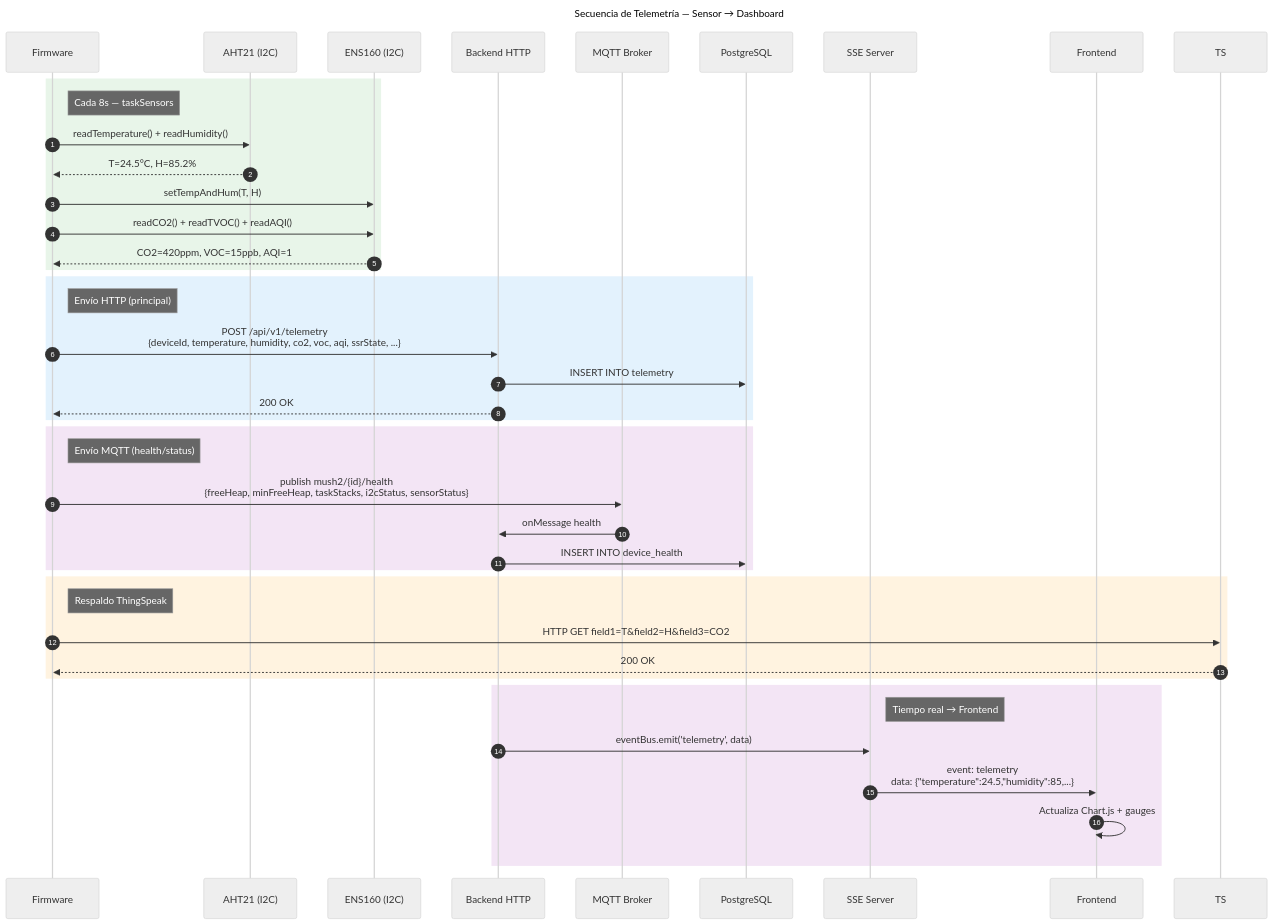
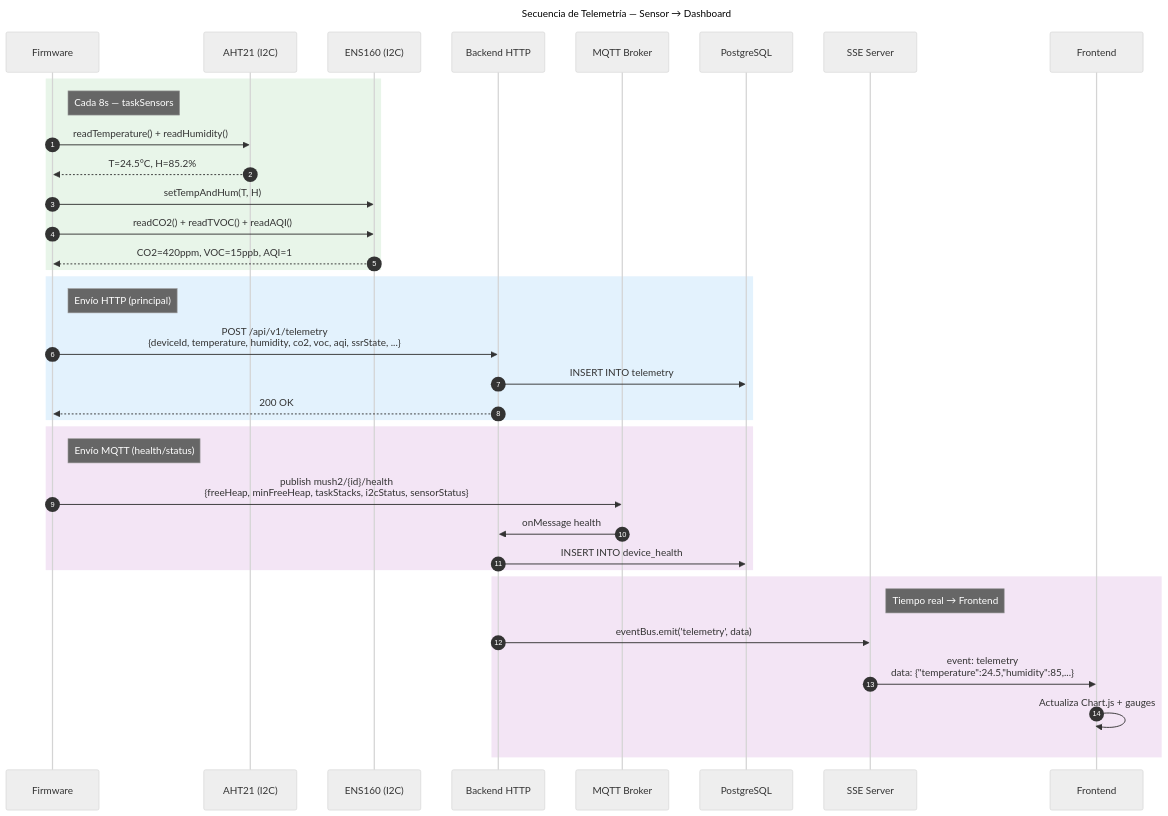
One commit to AlejandroMaturana/mush2 changed the diagram in docs/diagrams/sequence-telemetry.mmd. Above: the diagram before and after it, drawn with Mermaid (neutral theme). The commit also changed 55 other files, not shown here.

Commit message:
feat(thingspeak): deprecar canal ThingSpeak, MQTT canónico (PR-G, DECISION-012) — I051/I023 SUPERSEDED, avance I050

```diff
--- a/docs/diagrams/sequence-telemetry.mmd
+++ b/docs/diagrams/sequence-telemetry.mmd
@@ -1,49 +1,43 @@
 ---
 title: Secuencia de Telemetría — Sensor → Dashboard
 ---
 sequenceDiagram
     autonumber
     participant FW as Firmware
     participant AHT as AHT21 (I2C)
     participant ENS as ENS160 (I2C)
     participant HTTP as Backend HTTP
     participant MQTT as MQTT Broker
     participant DB as PostgreSQL
     participant SSE as SSE Server
     participant FE as Frontend
 
     rect rgb(232, 245, 233)
         Note right of FW: Cada 8s — taskSensors
         FW->>AHT: readTemperature() + readHumidity()
         AHT-->>FW: T=24.5°C, H=85.2%
         FW->>ENS: setTempAndHum(T, H)
         FW->>ENS: readCO2() + readTVOC() + readAQI()
         ENS-->>FW: CO2=420ppm, VOC=15ppb, AQI=1
     end
 
     rect rgb(227, 242, 253)
         Note right of FW: Envío HTTP (principal)
         FW->>HTTP: POST /api/v1/telemetry<br/>{deviceId, temperature, humidity, co2, voc, aqi, ssrState, ...}
         HTTP->>DB: INSERT INTO telemetry
         HTTP-->>FW: 200 OK
     end
 
     rect rgb(243, 229, 245)
         Note right of FW: Envío MQTT (health/status)
         FW->>MQTT: publish mush2/{id}/health<br/>{freeHeap, minFreeHeap, taskStacks, i2cStatus, sensorStatus}
         MQTT->>HTTP: onMessage health
         HTTP->>DB: INSERT INTO device_health
     end
 
-    rect rgb(255, 243, 224)
-        Note right of FW: Respaldo ThingSpeak
-        FW->>TS: HTTP GET field1=T&field2=H&field3=CO2
-        TS-->>FW: 200 OK
-    end
-
     rect rgb(243, 229, 245)
         Note right of SSE: Tiempo real → Frontend
         HTTP->>SSE: eventBus.emit('telemetry', data)
         SSE->>FE: event: telemetry<br/>data: {"temperature":24.5,"humidity":85,...}
         FE->>FE: Actualiza Chart.js + gauges
     end
```
